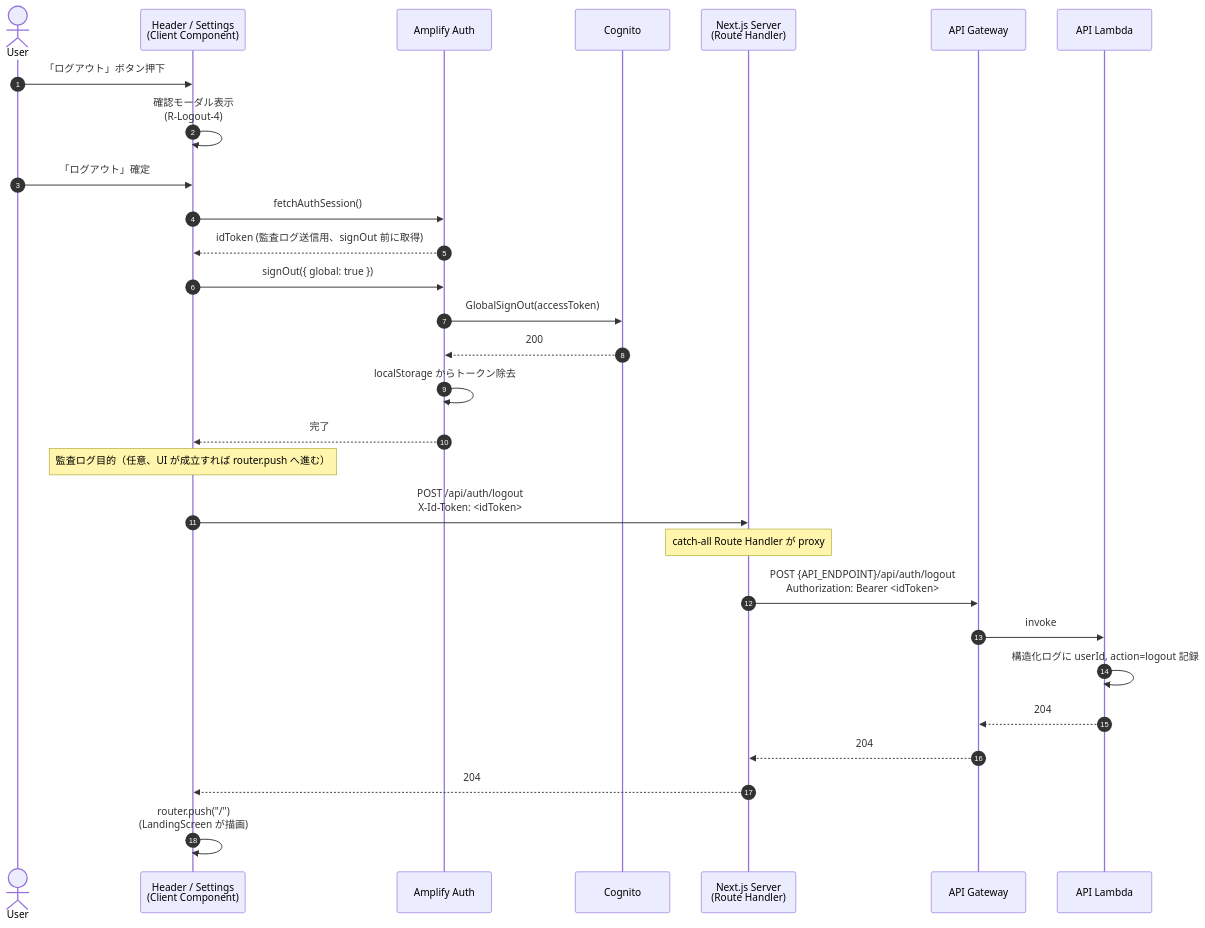
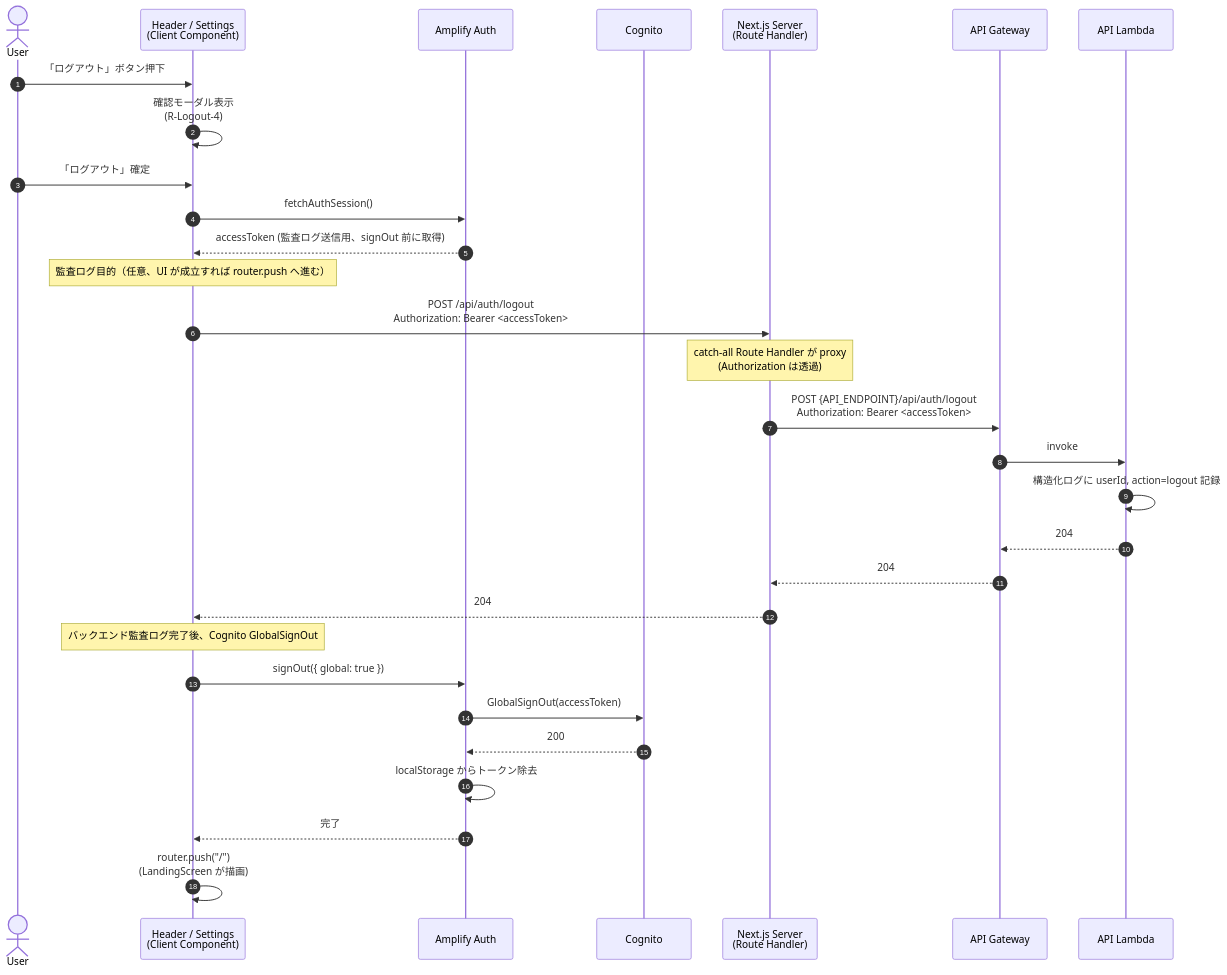
The fourth of 6 diagrams in aidlc-docs/construction/auth/functional-design/business-logic-model.md (ryotinjpn/goro2pay), drawn with Mermaid before and after one commit. The commit also changed other lines of this file and 7 other files, not shown here.

First line of the commit message:
👍 API 認証 Token を IdToken → AccessToken に統一 (PR #69 更新)

````diff
--- a/aidlc-docs/construction/auth/functional-design/business-logic-model.md
+++ b/aidlc-docs/construction/auth/functional-design/business-logic-model.md
@@ -316,36 +317,37 @@
 ```mermaid
 sequenceDiagram
     autonumber
     actor User
     participant UI as Header / Settings<br/>(Client Component)
     participant Auth as Amplify Auth
     participant Cog as Cognito
     participant NextSrv as Next.js Server<br/>(Route Handler)
     participant APIGW as API Gateway
     participant LMD as API Lambda
 
     User->>UI: 「ログアウト」ボタン押下
     UI->>UI: 確認モーダル表示<br/>(R-Logout-4)
     User->>UI: 「ログアウト」確定
 
     UI->>Auth: fetchAuthSession()
-    Auth-->>UI: idToken (監査ログ送信用、signOut 前に取得)
+    Auth-->>UI: accessToken (監査ログ送信用、signOut 前に取得)
 
+    Note over UI: 監査ログ目的（任意、UI が成立すれば router.push へ進む）
+    UI->>NextSrv: POST /api/auth/logout<br/>Authorization: Bearer <accessToken>
+    Note over NextSrv: catch-all Route Handler が proxy<br/>(Authorization は透過)
+    NextSrv->>APIGW: POST {API_ENDPOINT}/api/auth/logout<br/>Authorization: Bearer <accessToken>
+    APIGW->>LMD: invoke
+    LMD->>LMD: 構造化ログに userId, action=logout 記録
+    LMD-->>APIGW: 204
+    APIGW-->>NextSrv: 204
+    NextSrv-->>UI: 204
+
+    Note over UI: バックエンド監査ログ完了後、Cognito GlobalSignOut
     UI->>Auth: signOut({ global: true })
     Auth->>Cog: GlobalSignOut(accessToken)
     Cog-->>Auth: 200
     Auth->>Auth: localStorage からトークン除去
     Auth-->>UI: 完了
 
-    Note over UI: 監査ログ目的（任意、UI が成立すれば router.push へ進む）
-    UI->>NextSrv: POST /api/auth/logout<br/>X-Id-Token: <idToken>
-    Note over NextSrv: catch-all Route Handler が proxy
-    NextSrv->>APIGW: POST {API_ENDPOINT}/api/auth/logout<br/>Authorization: Bearer <idToken>
-    APIGW->>LMD: invoke
-    LMD->>LMD: 構造化ログに userId, action=logout 記録
-    LMD-->>APIGW: 204
-    APIGW-->>NextSrv: 204
-    NextSrv-->>UI: 204
-
     UI->>UI: router.push("/")<br/>(LandingScreen が描画)
 ```
````
